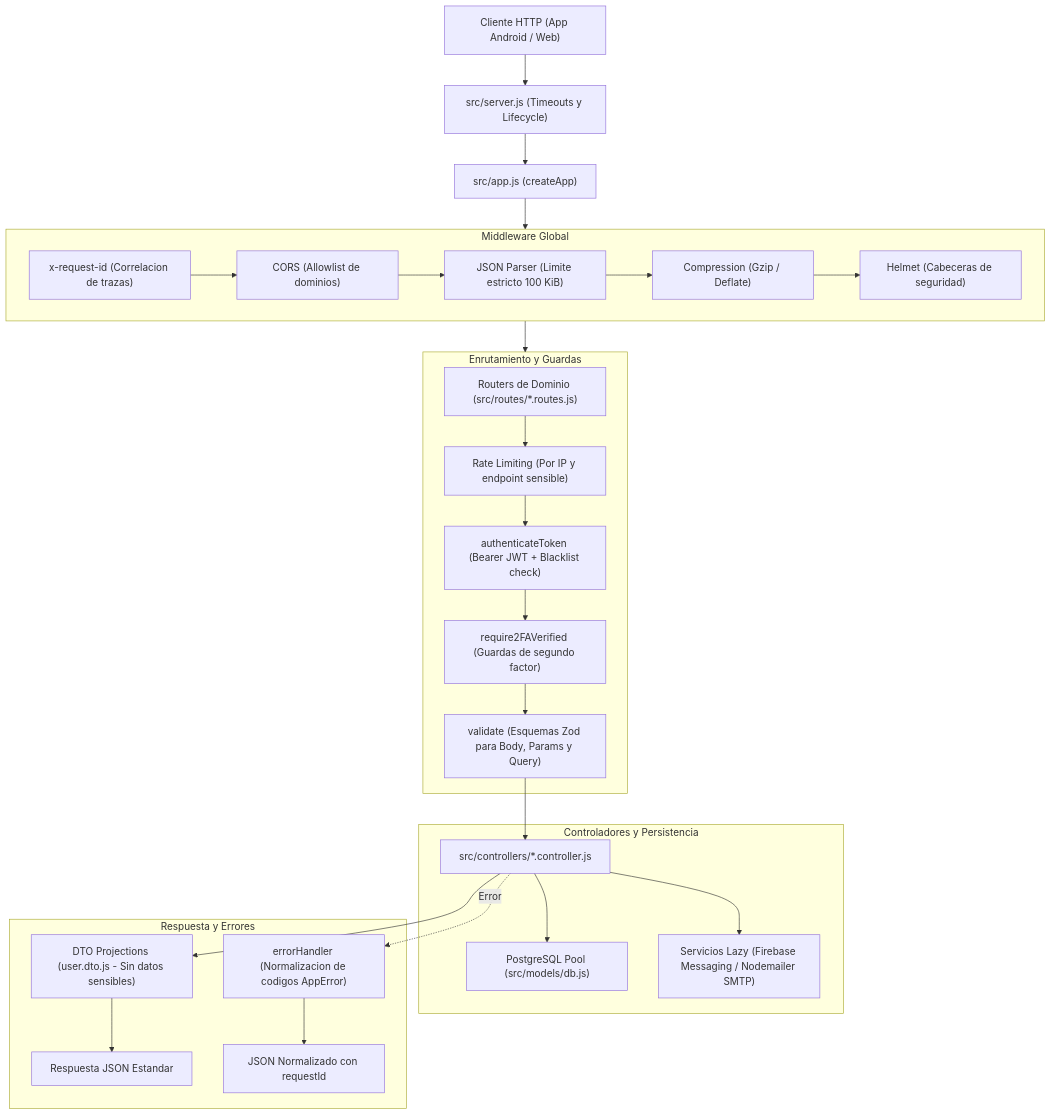
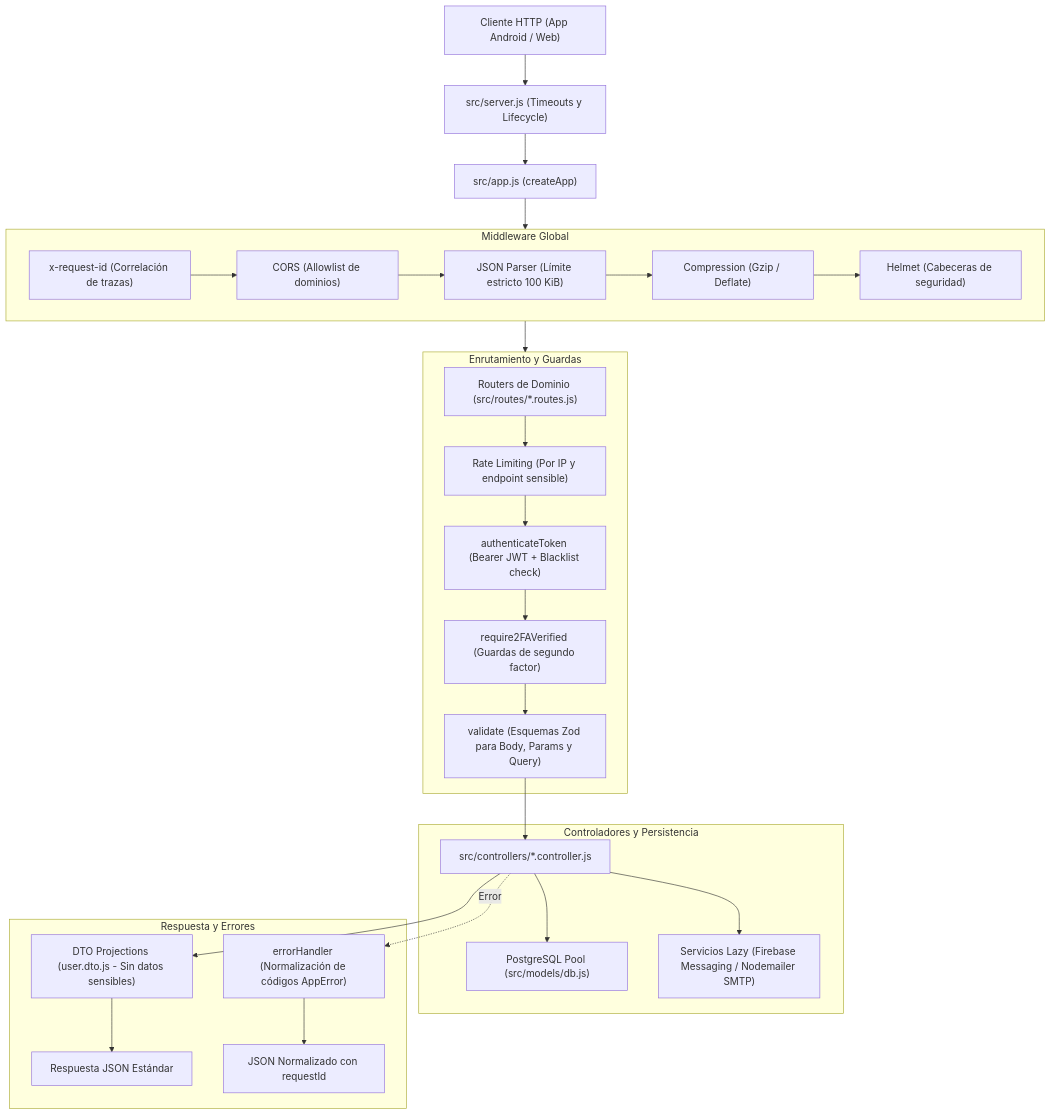
The diagram in README.md (FeryaelJustice/MiraiLink-Backend), drawn with Mermaid before and after one commit. The commit also changed other lines of this file and 20 other files, not shown here.

````diff
--- a/README.md
+++ b/README.md
@@ -82,43 +82,43 @@
 ```mermaid
 flowchart TD
     Client["Cliente HTTP (App Android / Web)"] --> Srv["src/server.js (Timeouts y Lifecycle)"]
     Srv --> App["src/app.js (createApp)"]
 
     subgraph Middleware ["Middleware Global"]
-        ReqId["x-request-id (Correlacion de trazas)"]
+        ReqId["x-request-id (Correlación de trazas)"]
         Cors["CORS (Allowlist de dominios)"]
-        Body["JSON Parser (Limite estricto 100 KiB)"]
+        Body["JSON Parser (Límite estricto 100 KiB)"]
         Comp["Compression (Gzip / Deflate)"]
         Hel["Helmet (Cabeceras de seguridad)"]
         ReqId --> Cors --> Body --> Comp --> Hel
     end
 
     App --> Middleware
 
     subgraph Routing ["Enrutamiento y Guardas"]
         DomainRouter["Routers de Dominio (src/routes/*.routes.js)"]
         RateLimit["Rate Limiting (Por IP y endpoint sensible)"]
         AuthGuard["authenticateToken (Bearer JWT + Blacklist check)"]
         TwoFactorGuard["require2FAVerified (Guardas de segundo factor)"]
         ZodVal["validate (Esquemas Zod para Body, Params y Query)"]
         DomainRouter --> RateLimit --> AuthGuard --> TwoFactorGuard --> ZodVal
     end
 
     Middleware --> Routing
 
     subgraph Execution ["Controladores y Persistencia"]
         Controller["src/controllers/*.controller.js"]
         PG["PostgreSQL Pool (src/models/db.js)"]
         LazySvcs["Servicios Lazy (Firebase Messaging / Nodemailer SMTP)"]
         ZodVal --> Controller
         Controller --> PG
         Controller --> LazySvcs
     end
 
     subgraph Output ["Respuesta y Errores"]
         DTO["DTO Projections (user.dto.js - Sin datos sensibles)"]
-        ErrorH["errorHandler (Normalizacion de codigos AppError)"]
-        Controller --> DTO --> Resp["Respuesta JSON Estandar"]
+        ErrorH["errorHandler (Normalización de códigos AppError)"]
+        Controller --> DTO --> Resp["Respuesta JSON Estándar"]
         Controller -.->|Error| ErrorH --> RespErr["JSON Normalizado con requestId"]
     end
 ```
````
